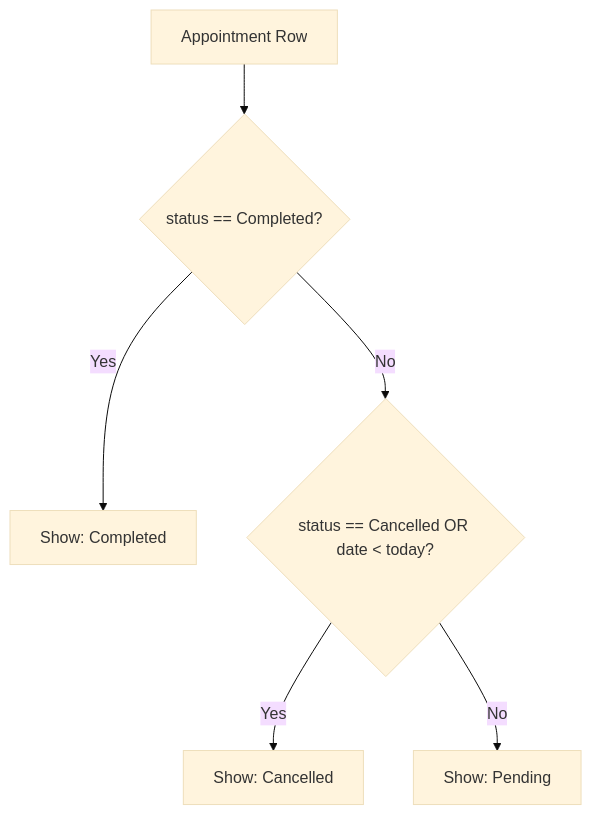
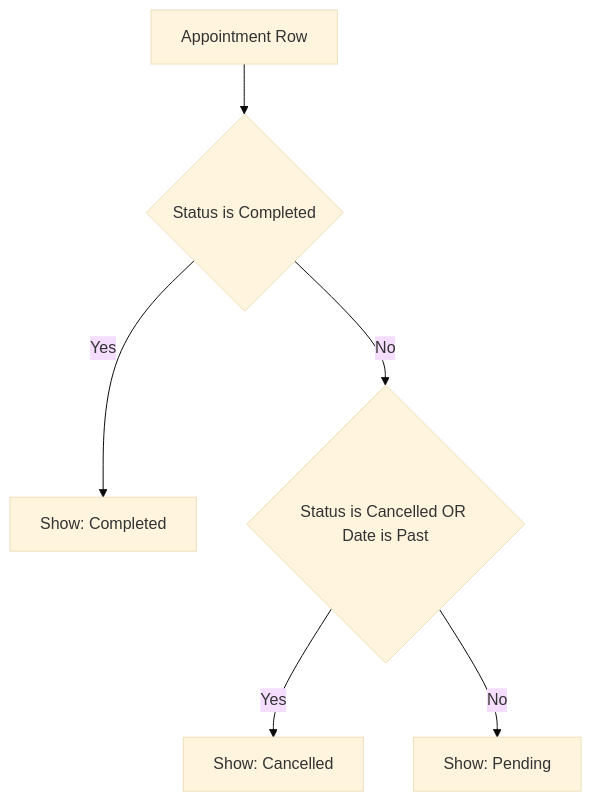
One commit to shrs425p/Patient-Record-System changed the third of 3 diagrams in BLOCK_DIAGRAM.md. Above: the diagram before and after it, drawn with Mermaid (base theme). The commit also changed other lines of this file, not shown here.

````diff
--- a/BLOCK_DIAGRAM.md
+++ b/BLOCK_DIAGRAM.md
@@ -53,8 +53,8 @@
 ```mermaid
 flowchart TD
-    A0[Appointment Row] --> A1{status == Completed?}
+    A0[Appointment Row] --> A1{Status is Completed}
     A1 -- Yes --> A2[Show: Completed]
-    A1 -- No --> A3{status == Cancelled OR date < today?}
+    A1 -- No --> A3{Status is Cancelled OR Date is Past}
     A3 -- Yes --> A4[Show: Cancelled]
     A3 -- No --> A5[Show: Pending]
 ```
````
